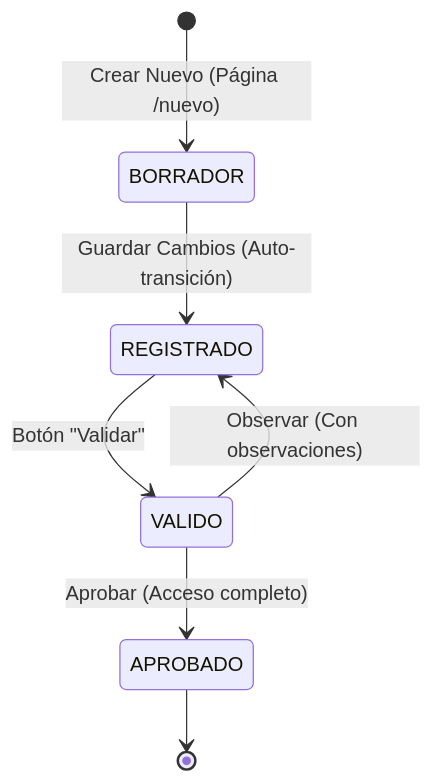
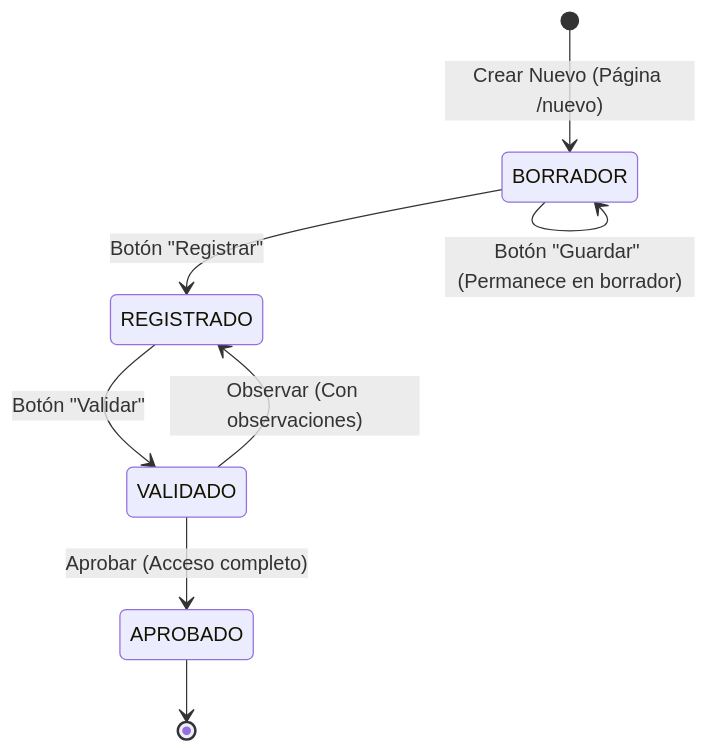
One commit to Proyectos-UTP2000/visitas-domiciliarias changed the diagram in docs/Plan-Refactorizacion-Flujos.md. Above: the diagram before and after it, drawn with Mermaid. The commit also changed other lines of this file, not shown here.

Commit message:
docs: Actualizar plan de refactorización de flujos con aclaraciones

````diff
--- a/docs/Plan-Refactorizacion-Flujos.md
+++ b/docs/Plan-Refactorizacion-Flujos.md
@@ -19,9 +19,10 @@
 ```mermaid
 stateDiagram-v2
     [*] --> BORRADOR : Crear Nuevo (Página /nuevo)
-    BORRADOR --> REGISTRADO : Guardar Cambios (Auto-transición)
-    REGISTRADO --> VALIDO : Botón "Validar"
-    VALIDO --> REGISTRADO : Observar (Con observaciones)
-    VALIDO --> APROBADO : Aprobar (Acceso completo)
+    BORRADOR --> BORRADOR : Botón "Guardar" (Permanece en borrador)
+    BORRADOR --> REGISTRADO : Botón "Registrar"
+    REGISTRADO --> VALIDADO : Botón "Validar"
+    VALIDADO --> REGISTRADO : Observar (Con observaciones)
+    VALIDADO --> APROBADO : Aprobar (Acceso completo)
     APROBADO --> [*]
 ```
````
